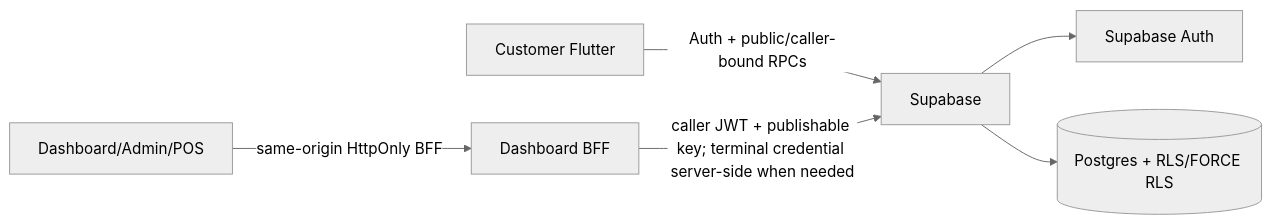
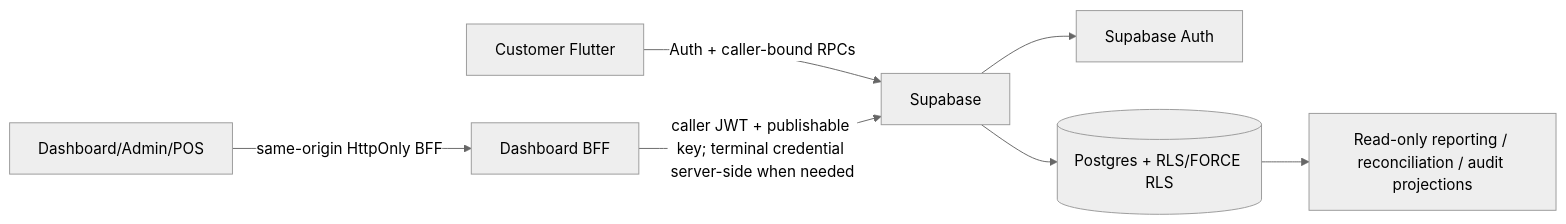
Before and after one commit to Hermann-33/Aida_System-Dashboard: the diagram in docs/context/SYSTEM_MAP.md, drawn with Mermaid (neutral theme). The commit also changed other lines of this file and 10 other files, not shown here.

````diff
--- a/docs/context/SYSTEM_MAP.md
+++ b/docs/context/SYSTEM_MAP.md
@@ -7,8 +7,9 @@
 ```mermaid
 flowchart LR
-  C[Customer Flutter] -->|Auth + public/caller-bound RPCs| S[Supabase]
+  C[Customer Flutter] -->|Auth + caller-bound RPCs| S[Supabase]
   D[Dashboard/Admin/POS] -->|same-origin HttpOnly BFF| B[Dashboard BFF]
   B -->|caller JWT + publishable key; terminal credential server-side when needed| S
   S --> A[Supabase Auth]
   S --> DB[(Postgres + RLS/FORCE RLS)]
+  DB --> R[Read-only reporting / reconciliation / audit projections]
 ```
````
